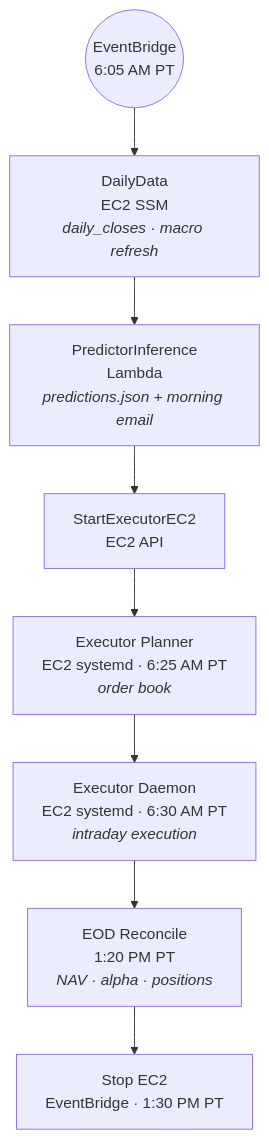
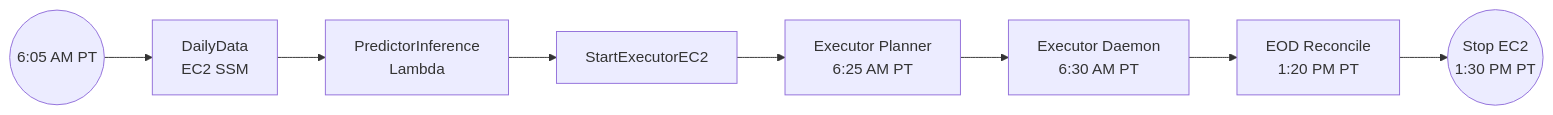
One commit to cipher813/alpha-engine-docs changed the third of 3 diagrams in README.md. Above: the diagram before and after it, drawn with Mermaid. The commit also changed other lines of this file, not shown here.

````diff
--- a/README.md
+++ b/README.md
@@ -135,11 +111,10 @@
 ```mermaid
-flowchart TD
-    Trigger((EventBridge<br/>6:05 AM PT)) --> DD
-    DD[DailyData<br/>EC2 SSM<br/><i>daily_closes · macro refresh</i>] --> Inf
-    Inf[PredictorInference<br/>Lambda<br/><i>predictions.json + morning email</i>] --> Start
-    Start[StartExecutorEC2<br/>EC2 API] --> EX
-    EX[Executor Planner<br/>EC2 systemd · 6:25 AM PT<br/><i>order book</i>] --> DM
-    DM[Executor Daemon<br/>EC2 systemd · 6:30 AM PT<br/><i>intraday execution</i>] --> Reconcile
-    Reconcile[EOD Reconcile<br/>1:20 PM PT<br/><i>NAV · alpha · positions</i>] --> Stop
-    Stop[Stop EC2<br/>EventBridge · 1:30 PM PT]
+flowchart LR
+    Trigger((6:05 AM PT)) --> DD
+    DD[DailyData<br/>EC2 SSM] --> Inf
+    Inf[PredictorInference<br/>Lambda] --> Start
+    Start[StartExecutorEC2] --> EX
+    EX[Executor Planner<br/>6:25 AM PT] --> DM
+    DM[Executor Daemon<br/>6:30 AM PT] --> Reconcile
+    Reconcile[EOD Reconcile<br/>1:20 PM PT] --> Stop((Stop EC2<br/>1:30 PM PT))
 ```
````
